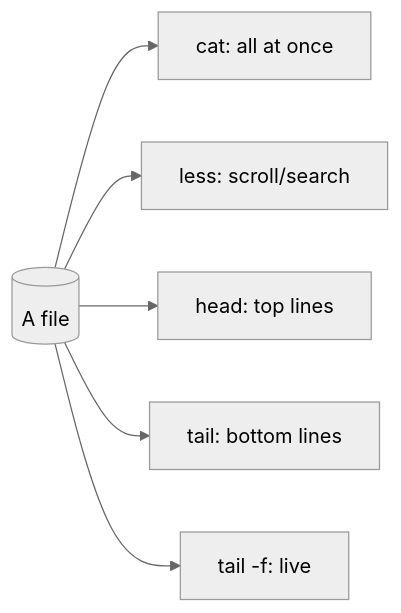
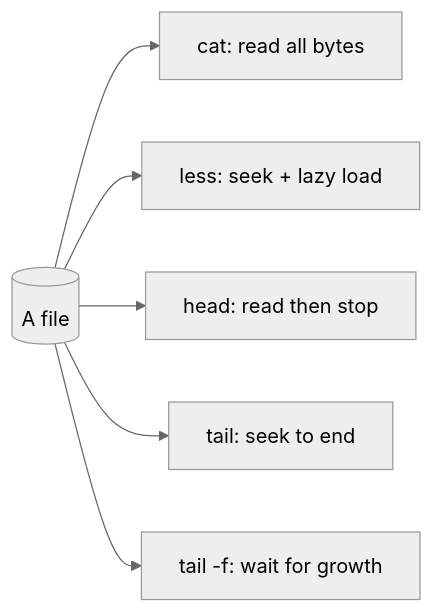
Before and after one commit to cloud-prakhar/learning-linux: the diagram in 03-files-and-directories/view-files.md, drawn with Mermaid (neutral theme). The commit also changed other lines of this file and 69 other files, not shown here.

````diff
--- a/03-files-and-directories/view-files.md
+++ b/03-files-and-directories/view-files.md
@@ -34,8 +42,8 @@
 ```mermaid
 flowchart LR
-    F[(A file)] --> cat[cat: all at once]
-    F --> less[less: scroll/search]
-    F --> head[head: top lines]
-    F --> tail[tail: bottom lines]
-    F --> follow[tail -f: live]
+    F[(A file)] --> cat[cat: read all bytes]
+    F --> less[less: seek + lazy load]
+    F --> head[head: read then stop]
+    F --> tail[tail: seek to end]
+    F --> follow[tail -f: wait for growth]
 ```
````
